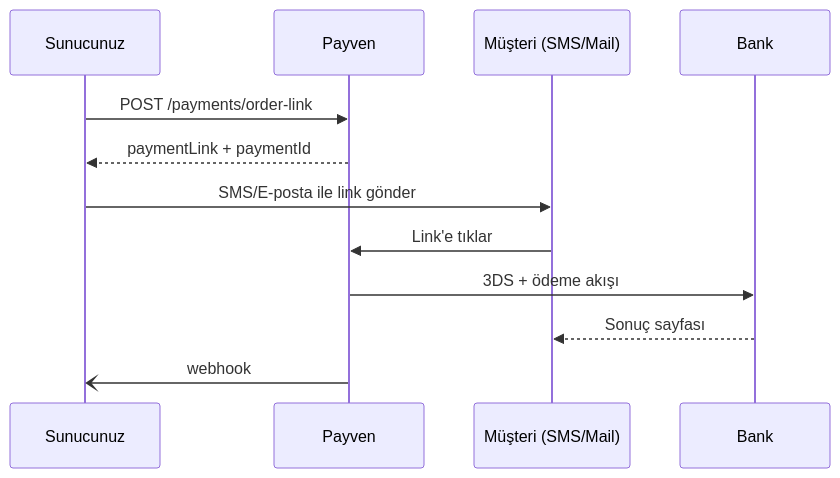
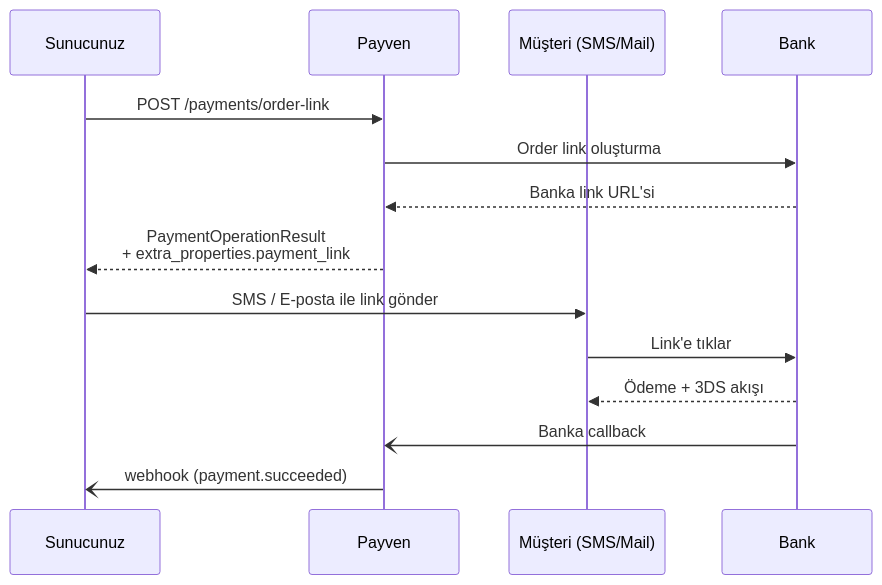
One commit to payment-pos/mintlify changed the diagram in sanal-pos/payments/pay-by-link.mdx. Above: the diagram before and after it, drawn with Mermaid. The commit also changed other lines of this file and 45 other files, not shown here.

````diff
--- a/sanal-pos/payments/pay-by-link.mdx
+++ b/sanal-pos/payments/pay-by-link.mdx
@@ -10,15 +16,17 @@
 ```mermaid
 sequenceDiagram
-    participant Server as Sunucunuz
+    participant App as Sunucunuz
     participant Payven
     participant Customer as Müşteri (SMS/Mail)
     participant Bank
 
-    Server->>Payven: POST /payments/order-link
-    Payven-->>Server: paymentLink + paymentId
-    Server->>Customer: SMS/E-posta ile link gönder
-    Customer->>Payven: Link'e tıklar
-    Payven->>Bank: 3DS + ödeme akışı
-    Bank-->>Customer: Sonuç sayfası
-    Payven-)Server: webhook
+    App->>Payven: POST /payments/order-link
+    Payven->>Bank: Order link oluşturma
+    Bank-->>Payven: Banka link URL'si
+    Payven-->>App: PaymentOperationResult<br/>+ extra_properties.payment_link
+    App->>Customer: SMS / E-posta ile link gönder
+    Customer->>Bank: Link'e tıklar
+    Bank-->>Customer: Ödeme + 3DS akışı
+    Bank-)Payven: Banka callback
+    Payven-)App: webhook (payment.succeeded)
 ```
````
